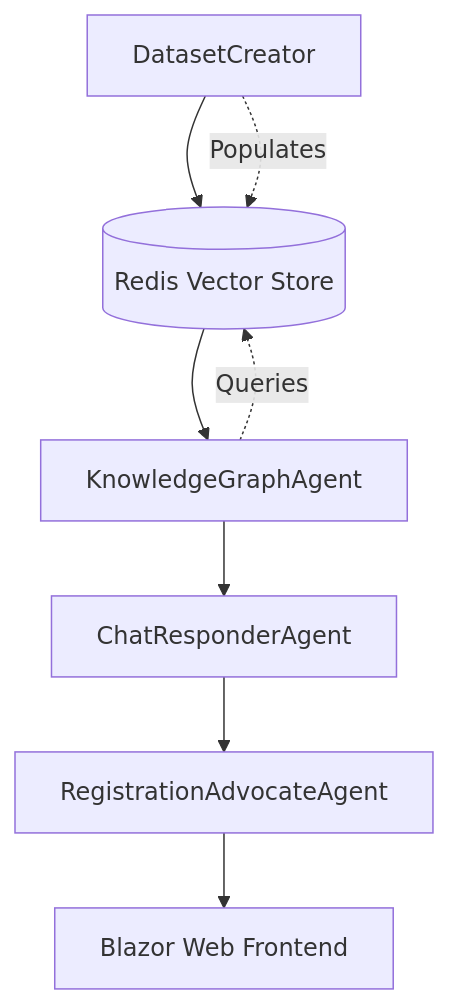
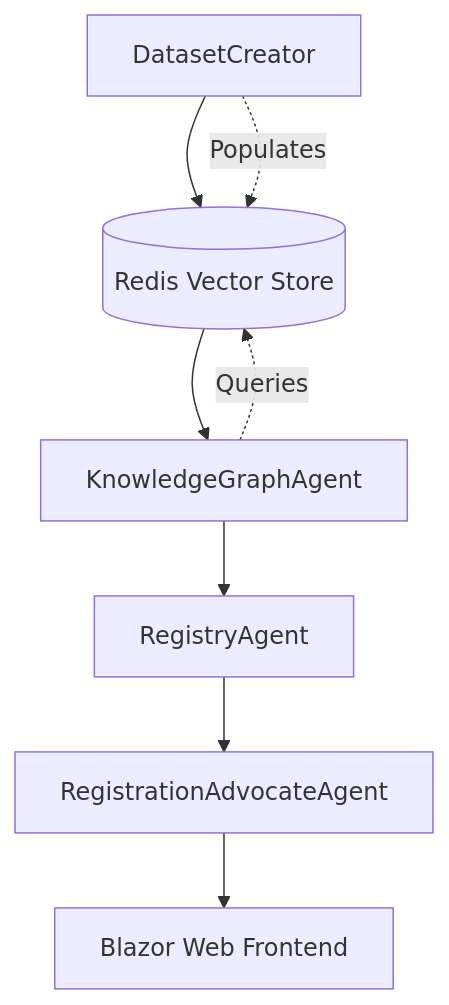
One commit to Donelle/Agent2Agent changed the diagram in DatasetCreator/README.md. Above: the diagram before and after it, drawn with Mermaid. The commit also changed 8 other files, not shown here.

````diff
--- a/DatasetCreator/README.md
+++ b/DatasetCreator/README.md
@@ -18,11 +18,11 @@
 ```mermaid
 flowchart TD
     DatasetCreator[DatasetCreator] --> Redis[(Redis Vector Store)]
     Redis --> AgentC[KnowledgeGraphAgent]
-    AgentC --> AgentB[ChatResponderAgent]
+    AgentC --> AgentB[RegistryAgent]
     AgentB --> AgentA[RegistrationAdvocateAgent]
     AgentA --> Web[Blazor Web Frontend]
     
     DatasetCreator -.-> |Populates| Redis
     AgentC -.-> |Queries| Redis
 ```
````
